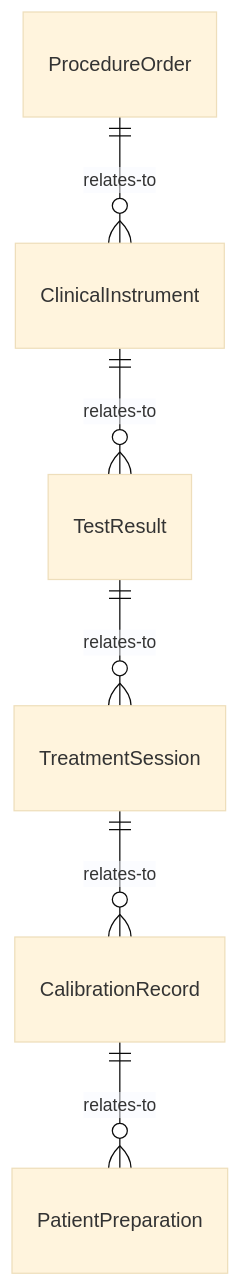
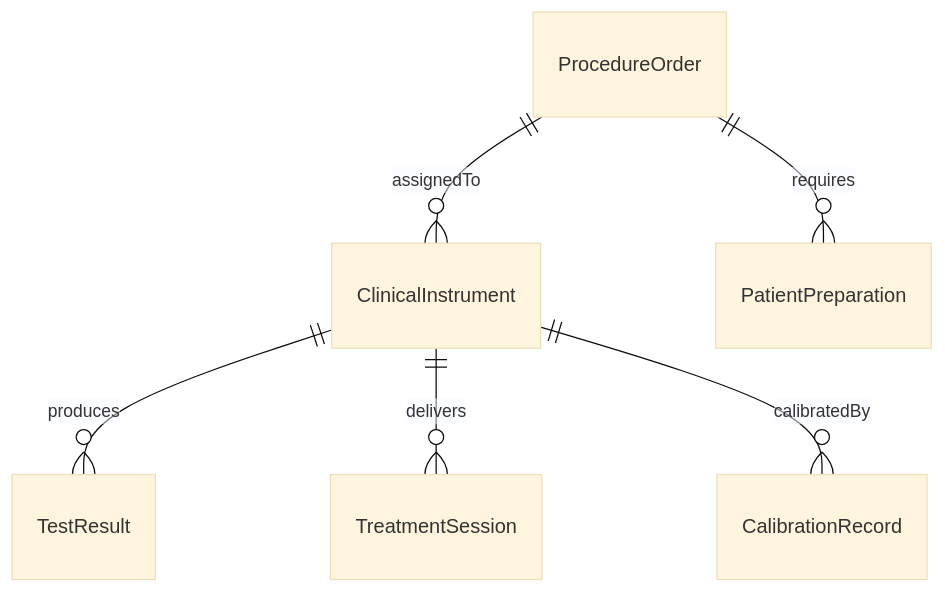
The first of 4 diagrams in ControllingMachinesAndProcesses/OperateMedicalEquipment/OperateDiagnosticTherapeuticMedicalInstruments.mdx (dot-org-ai/tasks.org.ai), drawn with Mermaid (base theme) before and after one commit. The commit also changed other lines of this file and 515 other files, not shown here.

````diff
--- a/ControllingMachinesAndProcesses/OperateMedicalEquipment/OperateDiagnosticTherapeuticMedicalInstruments.mdx
+++ b/ControllingMachinesAndProcesses/OperateMedicalEquipment/OperateDiagnosticTherapeuticMedicalInstruments.mdx
@@ -87,8 +87,8 @@
 ```mermaid
 erDiagram
-    ProcedureOrder ||--o{ ClinicalInstrument : relates-to
-    ClinicalInstrument ||--o{ TestResult : relates-to
-    TestResult ||--o{ TreatmentSession : relates-to
-    TreatmentSession ||--o{ CalibrationRecord : relates-to
-    CalibrationRecord ||--o{ PatientPreparation : relates-to
+    ProcedureOrder ||--o{ ClinicalInstrument : assignedTo
+    ClinicalInstrument ||--o{ TestResult : produces
+    ClinicalInstrument ||--o{ TreatmentSession : delivers
+    ClinicalInstrument ||--o{ CalibrationRecord : calibratedBy
+    ProcedureOrder ||--o{ PatientPreparation : requires
 ```
````
